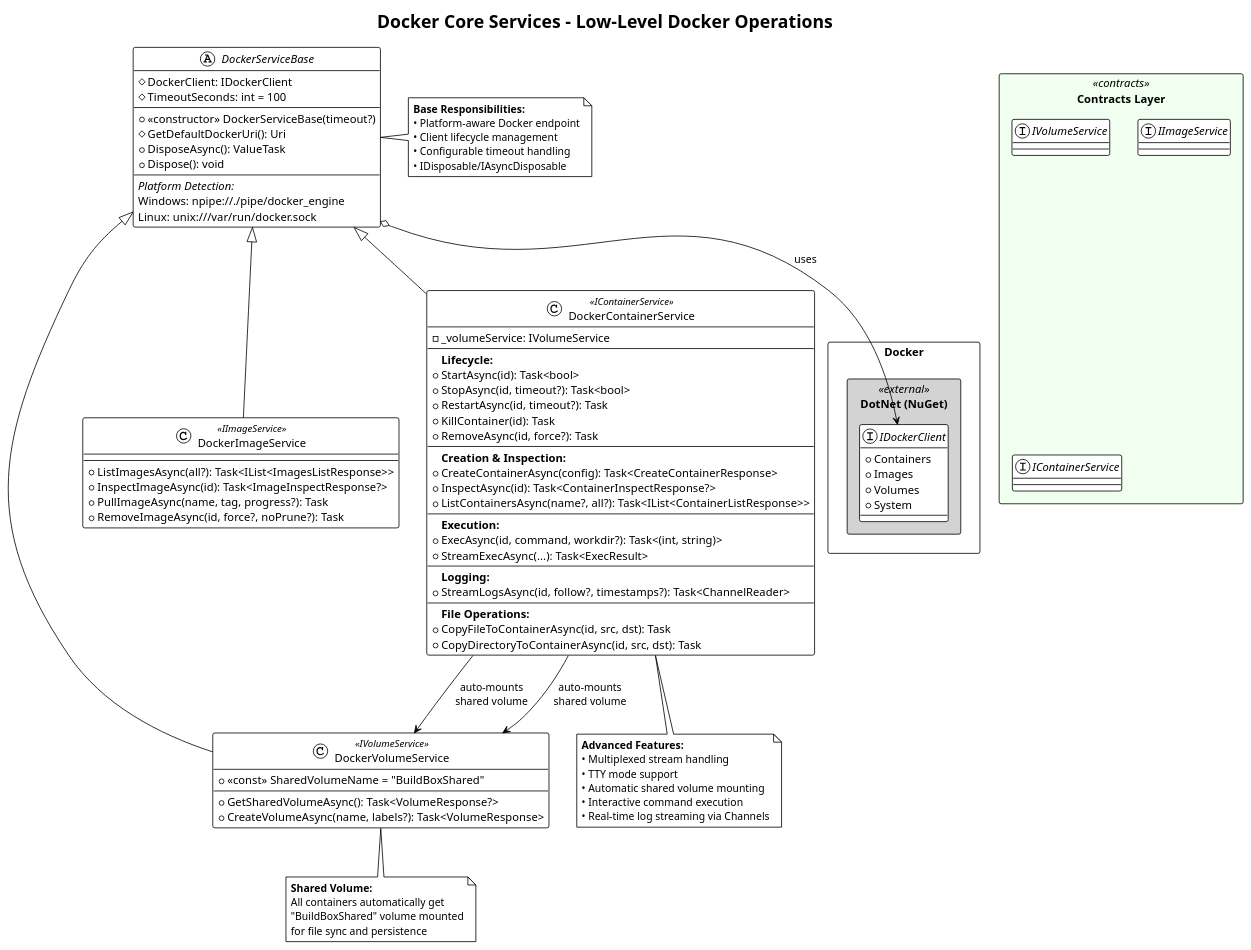
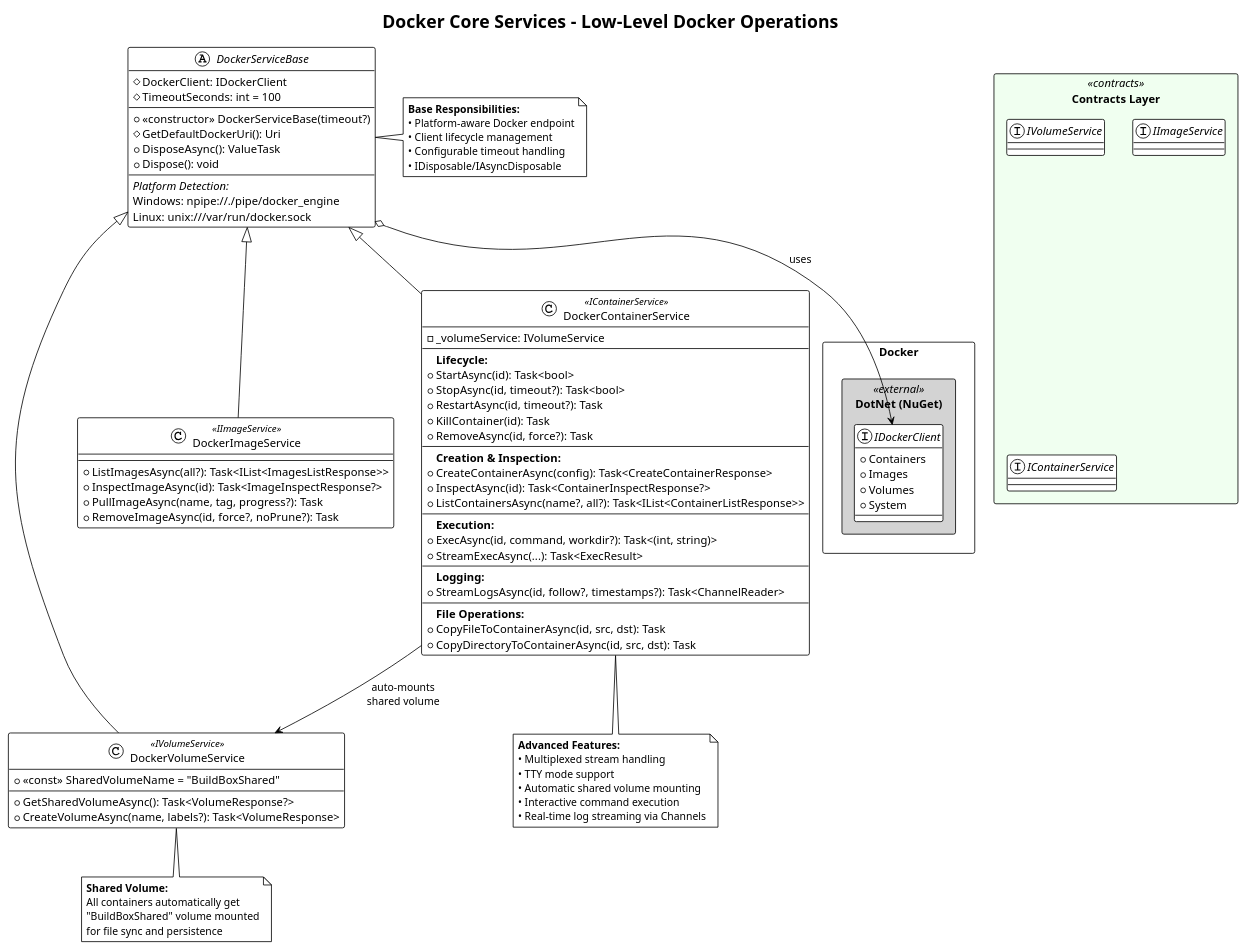
The diagram in docs/Docker-Core-Services.wsd (ReflexLevel0/DockerBuildboxSystem), drawn with PlantUML before and after one commit. The commit also changed 2 other files, not shown here.

```diff
--- a/docs/Docker-Core-Services.wsd
+++ b/docs/Docker-Core-Services.wsd
@@ -1,131 +1,128 @@
 @startuml Docker Core Services
 !theme plain
 skinparam componentStyle rectangle
 skinparam packageStyle rectangle
 
 title Docker Core Services - Low-Level Docker Operations
 
 ' ====================================================================
 ' EXTERNAL DEPENDENCY
 ' ====================================================================
 package "Docker.DotNet (NuGet)" <<external>> #LightGray {
     interface IDockerClient {
         + Containers
         + Images
         + Volumes
         + System
     }
 }
 
 ' ====================================================================
 ' BASE ABSTRACTION
 ' ====================================================================
 abstract class DockerServiceBase {
     # DockerClient: IDockerClient
     # TimeoutSeconds: int = 100
     --
     + <<constructor>> DockerServiceBase(timeout?)
     # GetDefaultDockerUri(): Uri
     + DisposeAsync(): ValueTask
     + Dispose(): void
     --
     <i>Platform Detection:</i>
     Windows: npipe://./pipe/docker_engine
     Linux: unix:///var/run/docker.sock
 }
 
 DockerServiceBase o--> IDockerClient : uses
 
 ' ====================================================================
 ' CORE SERVICES
 ' ====================================================================
 
 class DockerVolumeService <<IVolumeService>> {
     + <<const>> SharedVolumeName = "BuildBoxShared"
     --
     + GetSharedVolumeAsync(): Task<VolumeResponse?>
     + CreateVolumeAsync(name, labels?): Task<VolumeResponse>
 }
 
 class DockerImageService <<IImageService>> {
     + ListImagesAsync(all?): Task<IList<ImagesListResponse>>
     + InspectImageAsync(id): Task<ImageInspectResponse?>
     + PullImageAsync(name, tag, progress?): Task
     + RemoveImageAsync(id, force?, noPrune?): Task
 }
 
 class DockerContainerService <<IContainerService>> {
     - _volumeService: IVolumeService
     --
     <b>Lifecycle:</b>
     + StartAsync(id): Task<bool>
     + StopAsync(id, timeout?): Task<bool>
     + RestartAsync(id, timeout?): Task
     + KillContainer(id): Task
     + RemoveAsync(id, force?): Task
     --
     <b>Creation & Inspection:</b>
     + CreateContainerAsync(config): Task<CreateContainerResponse>
     + InspectAsync(id): Task<ContainerInspectResponse?>
     + ListContainersAsync(name?, all?): Task<IList<ContainerListResponse>>
     --
     <b>Execution:</b>
     + ExecAsync(id, command, workdir?): Task<(int, string)>
     + StreamExecAsync(...): Task<ExecResult>
     --
     <b>Logging:</b>
     + StreamLogsAsync(id, follow?, timestamps?): Task<ChannelReader>
     --
     <b>File Operations:</b>
     + CopyFileToContainerAsync(id, src, dst): Task
     + CopyDirectoryToContainerAsync(id, src, dst): Task
 }
 
 ' Inheritance
 DockerServiceBase <|-- DockerVolumeService
 DockerServiceBase <|-- DockerImageService
 DockerServiceBase <|-- DockerContainerService
 
 ' Dependencies
 DockerContainerService --> DockerVolumeService : auto-mounts\nshared volume
 
 ' ====================================================================
 ' INTERFACE CONTRACTS
 ' ====================================================================
 package "Contracts Layer" <<contracts>> #Honeydew {
     interface IVolumeService
     interface IImageService
     interface IContainerService
 }
 
-' Dependencies
-DockerContainerService --> DockerVolumeService : auto-mounts\nshared volume
-
 ' ====================================================================
 ' NOTES
 ' ====================================================================
 note right of DockerServiceBase
     <b>Base Responsibilities:</b>
     • Platform-aware Docker endpoint
     • Client lifecycle management
     • Configurable timeout handling
     • IDisposable/IAsyncDisposable
 end note
 
 note bottom of DockerContainerService
     <b>Advanced Features:</b>
     • Multiplexed stream handling
     • TTY mode support
     • Automatic shared volume mounting
     • Interactive command execution
     • Real-time log streaming via Channels
 end note
 
 note bottom of DockerVolumeService
     <b>Shared Volume:</b>
     All containers automatically get
     "BuildBoxShared" volume mounted
     for file sync and persistence
 end note
 
 @enduml
```
